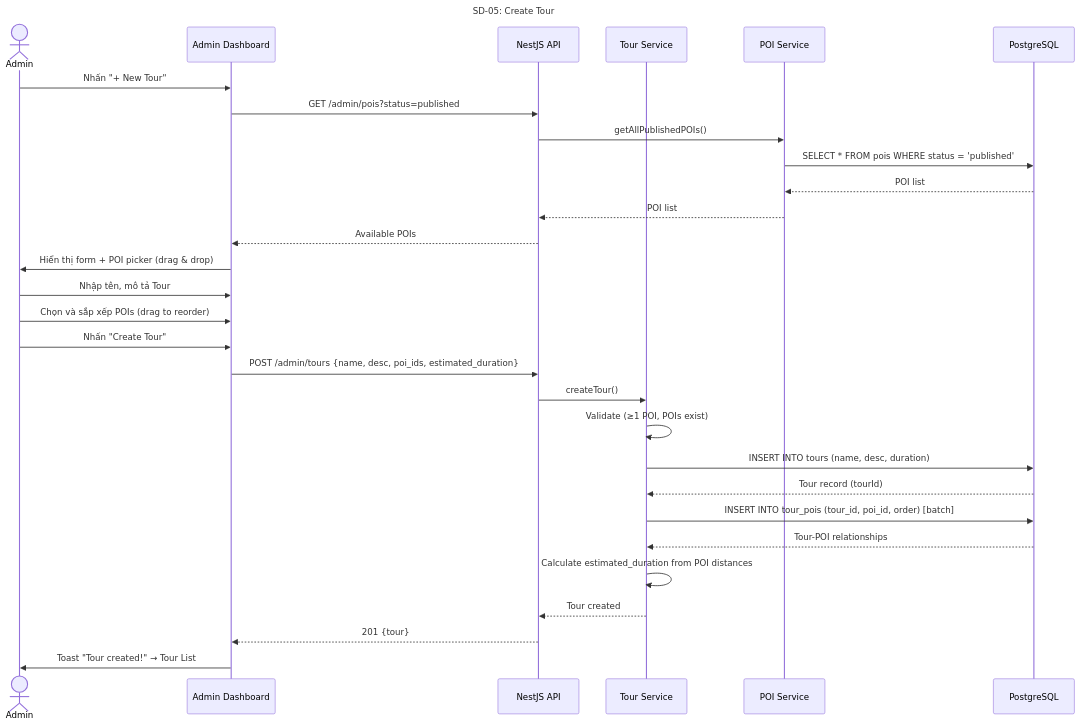
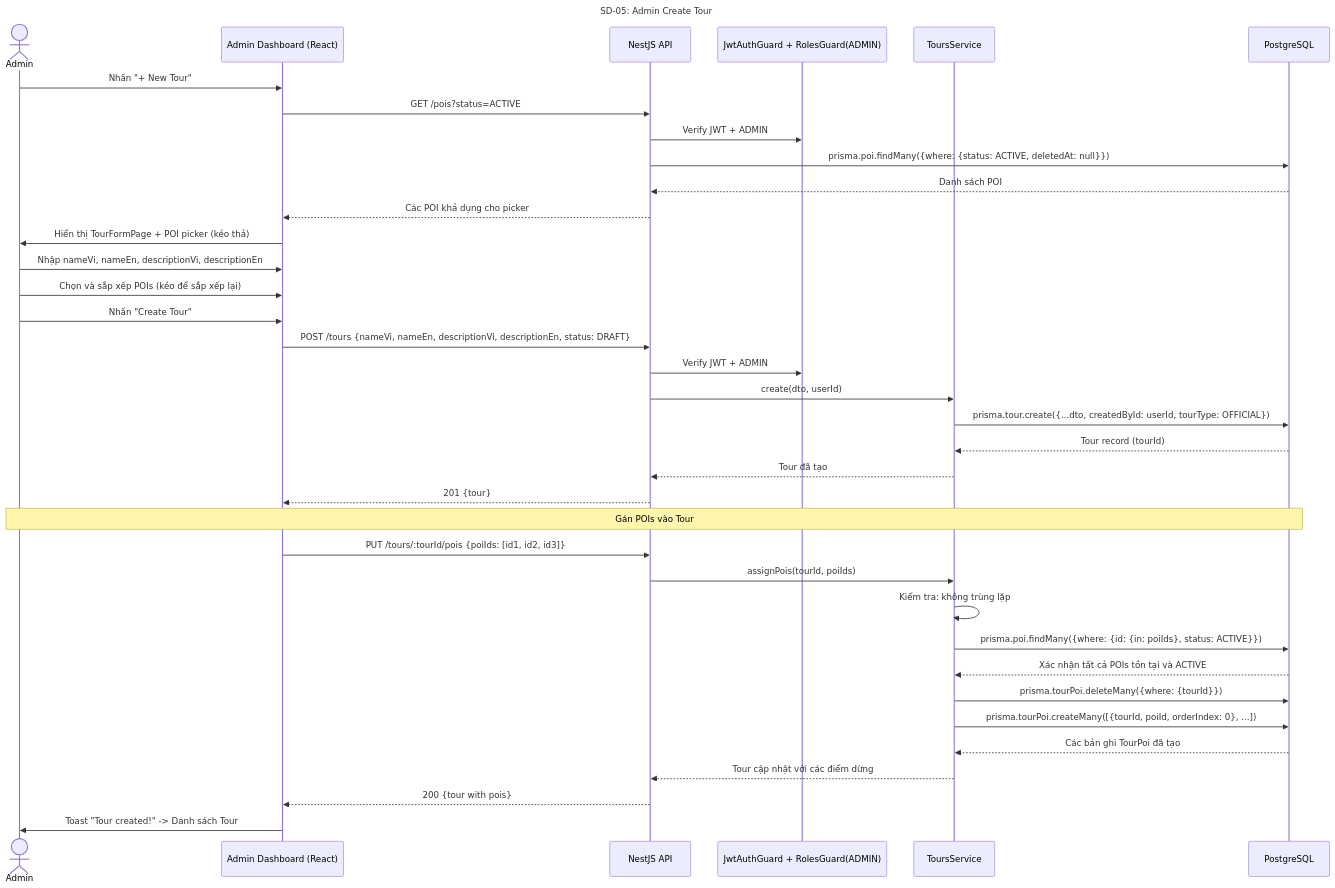
The fifth of 28 diagrams in docs/step3_prd/15_sequence_diagrams.md (Ttuandatt/Seminar), drawn with Mermaid before and after one commit. The commit also changed other lines of this file and 19 other files, not shown here.

First line of the commit message:
feat(auth): implement forgot/reset password with Brevo email service

````diff
--- a/docs/step3_prd/15_sequence_diagrams.md
+++ b/docs/step3_prd/15_sequence_diagrams.md
@@ -252,35 +272,43 @@
 ```mermaid
 sequenceDiagram
-    title SD-05: Create Tour
+    title SD-05: Admin Create Tour
     actor Admin
-    participant UI as Admin Dashboard
+    participant UI as Admin Dashboard (React)
     participant API as NestJS API
-    participant Tour as Tour Service
-    participant POI as POI Service
+    participant Guard as JwtAuthGuard + RolesGuard(ADMIN)
+    participant Tour as ToursService
     participant DB as PostgreSQL
 
     Admin->>UI: Nhấn "+ New Tour"
-    UI->>API: GET /admin/pois?status=published
-    API->>POI: getAllPublishedPOIs()
-    POI->>DB: SELECT * FROM pois WHERE status = 'published'
-    DB-->>POI: POI list
-    POI-->>API: POI list
-    API-->>UI: Available POIs
+    UI->>API: GET /pois?status=ACTIVE
+    API->>Guard: Verify JWT + ADMIN
+    API->>DB: prisma.poi.findMany({where: {status: ACTIVE, deletedAt: null}})
+    DB-->>API: Danh sách POI
+    API-->>UI: Các POI khả dụng cho picker
 
-    UI->>Admin: Hiển thị form + POI picker (drag & drop)
-    Admin->>UI: Nhập tên, mô tả Tour
-    Admin->>UI: Chọn và sắp xếp POIs (drag to reorder)
+    UI->>Admin: Hiển thị TourFormPage + POI picker (kéo thả)
+    Admin->>UI: Nhập nameVi, nameEn, descriptionVi, descriptionEn
+    Admin->>UI: Chọn và sắp xếp POIs (kéo để sắp xếp lại)
     Admin->>UI: Nhấn "Create Tour"
 
-    UI->>API: POST /admin/tours {name, desc, poi_ids, estimated_duration}
-    API->>Tour: createTour()
-    Tour->>Tour: Validate (≥1 POI, POIs exist)
-    Tour->>DB: INSERT INTO tours (name, desc, duration)
+    UI->>API: POST /tours {nameVi, nameEn, descriptionVi, descriptionEn, status: DRAFT}
+    API->>Guard: Verify JWT + ADMIN
+    API->>Tour: create(dto, userId)
+    Tour->>DB: prisma.tour.create({...dto, createdById: userId, tourType: OFFICIAL})
     DB-->>Tour: Tour record (tourId)
-    Tour->>DB: INSERT INTO tour_pois (tour_id, poi_id, order) [batch]
-    DB-->>Tour: Tour-POI relationships
-    Tour->>Tour: Calculate estimated_duration from POI distances
-    Tour-->>API: Tour created
+    Tour-->>API: Tour đã tạo
     API-->>UI: 201 {tour}
-    UI->>Admin: Toast "Tour created!" → Tour List
+
+    Note over Admin, DB: Gán POIs vào Tour
+    UI->>API: PUT /tours/:tourId/pois {poiIds: [id1, id2, id3]}
+    API->>Tour: assignPois(tourId, poiIds)
+    Tour->>Tour: Kiểm tra: không trùng lặp
+    Tour->>DB: prisma.poi.findMany({where: {id: {in: poiIds}, status: ACTIVE}})
+    DB-->>Tour: Xác nhận tất cả POIs tồn tại và ACTIVE
+    Tour->>DB: prisma.tourPoi.deleteMany({where: {tourId}})
+    Tour->>DB: prisma.tourPoi.createMany([{tourId, poiId, orderIndex: 0}, ...])
+    DB-->>Tour: Các bản ghi TourPoi đã tạo
+    Tour-->>API: Tour cập nhật với các điểm dừng
+    API-->>UI: 200 {tour with pois}
+    UI->>Admin: Toast "Tour created!" -> Danh sách Tour
 ```
````
